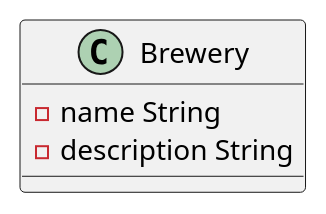
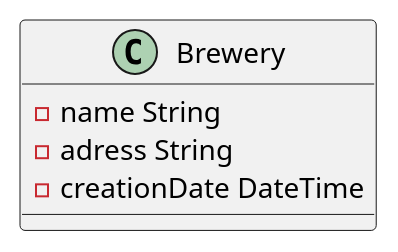
One commit to TheNoobProgrammeur/birudroid changed the diagram in doc/spec/models/uml/brewery.puml. Above: the diagram before and after it, drawn with PlantUML. The commit also changed 20 other files, not shown here.

```diff
--- a/doc/spec/models/uml/brewery.puml
+++ b/doc/spec/models/uml/brewery.puml
@@ -1,6 +1,7 @@
 @startuml Class Brewery
 class Brewery {
     - name String
-    - description String
+    - adress String
+    - creationDate DateTime
 }
 @enduml
```
